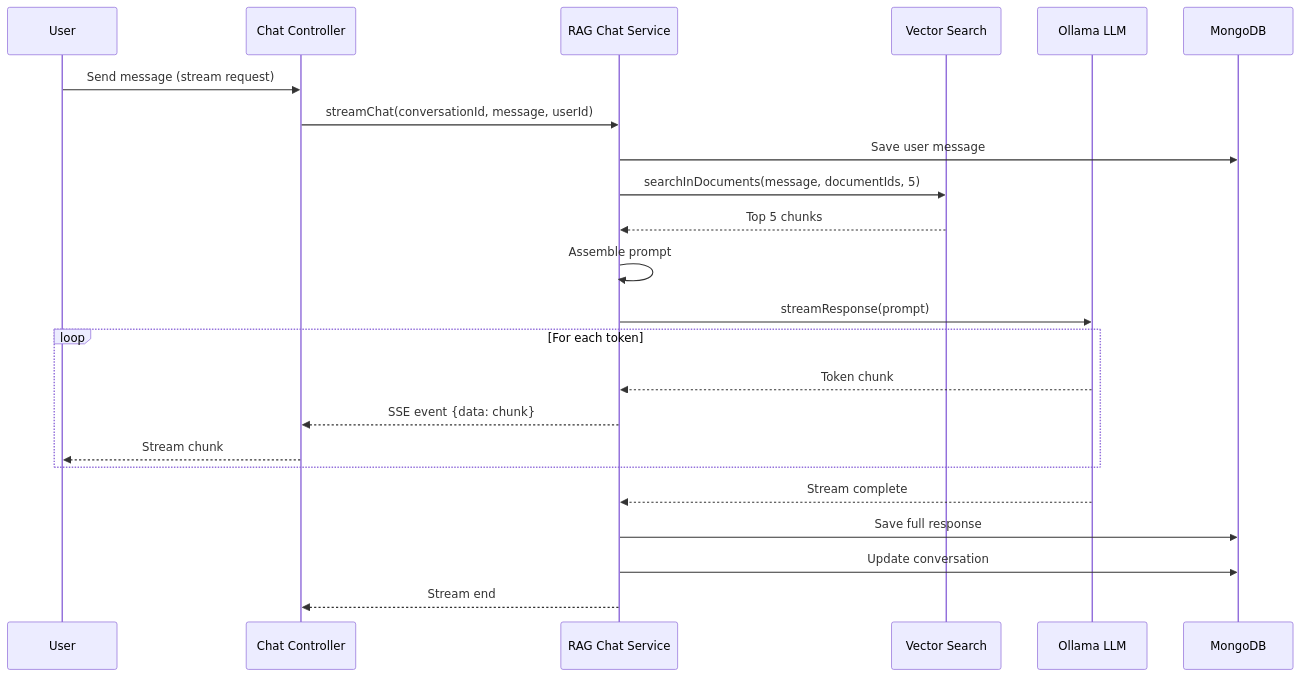
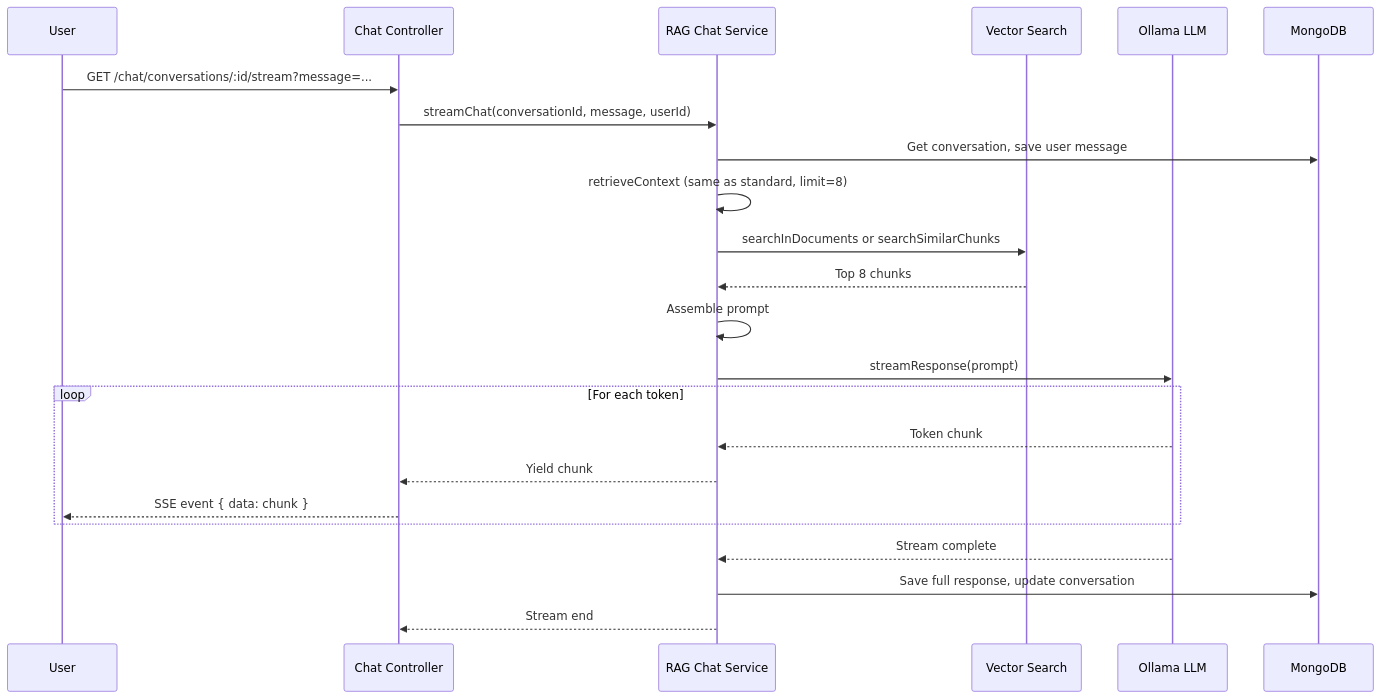
Before and after one commit to shahadathhs/rag: the fourth of 4 diagrams in docs/RAG_FLOW.md, drawn with Mermaid. The commit also changed other lines of this file, not shown here.

Commit message:
docs: updated rag flow docs

````diff
--- a/docs/RAG_FLOW.md
+++ b/docs/RAG_FLOW.md
@@ -233,30 +239,30 @@
 ```mermaid
 sequenceDiagram
     participant User
     participant API as Chat Controller
     participant RC as RAG Chat Service
     participant VS as Vector Search
     participant Ollama as Ollama LLM
     participant DB as MongoDB
 
-    User->>API: Send message (stream request)
+    User->>API: GET /chat/conversations/:id/stream?message=...
     API->>RC: streamChat(conversationId, message, userId)
 
-    RC->>DB: Save user message
-    RC->>VS: searchInDocuments(message, documentIds, 5)
-    VS-->>RC: Top 5 chunks
+    RC->>DB: Get conversation, save user message
+    RC->>RC: retrieveContext (same as standard, limit=8)
+    RC->>VS: searchInDocuments or searchSimilarChunks
+    VS-->>RC: Top 8 chunks
 
     RC->>RC: Assemble prompt
     RC->>Ollama: streamResponse(prompt)
 
     loop For each token
         Ollama-->>RC: Token chunk
-        RC-->>API: SSE event {data: chunk}
-        API-->>User: Stream chunk
+        RC-->>API: Yield chunk
+        API-->>User: SSE event { data: chunk }
     end
 
     Ollama-->>RC: Stream complete
-    RC->>DB: Save full response
-    RC->>DB: Update conversation
+    RC->>DB: Save full response, update conversation
     RC-->>API: Stream end
 ```
````
